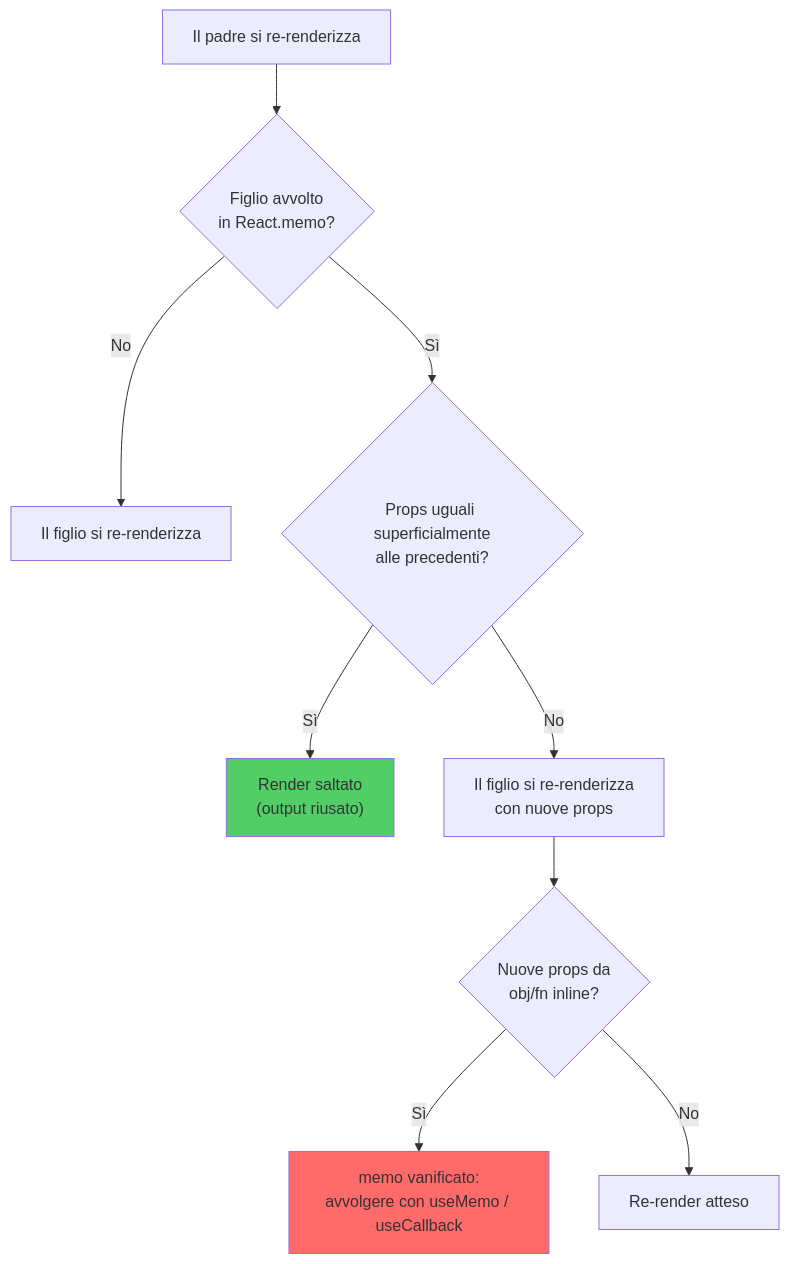
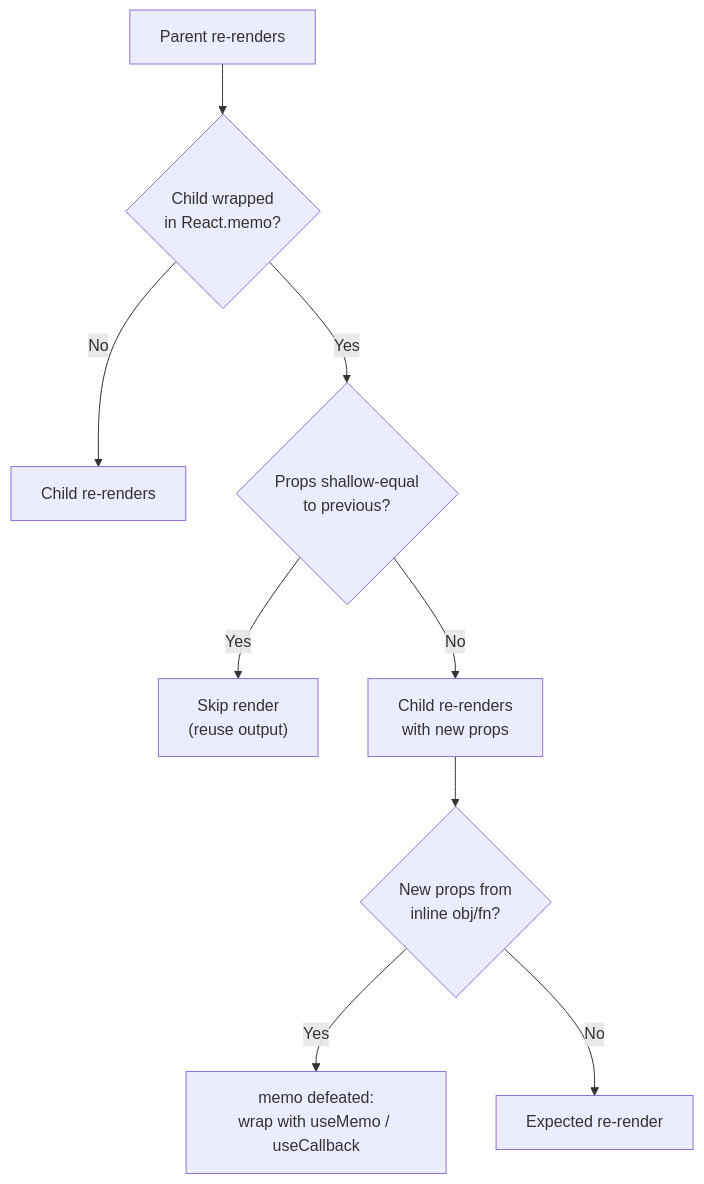
Before and after one commit to BabaScience/react-guides: the second of 5 diagrams in arguments/chapters/it/09-performance-optimization.md, drawn with Mermaid. The commit also changed other lines of this file and 29 other files, not shown here.

First line of the commit message:
Bring React FR/IT translations to full English parity + theme-safe diagrams

````diff
--- a/arguments/chapters/it/09-performance-optimization.md
+++ b/arguments/chapters/it/09-performance-optimization.md
@@ -57,14 +335,12 @@
 ```mermaid
 flowchart TD
-    A["Il padre si re-renderizza"] --> B{"Figlio avvolto<br/>in React.memo?"}
-    B -->|No| C["Il figlio si re-renderizza"]
-    B -->|Sì| D{"Props uguali superficialmente<br/>alle precedenti?"}
-    D -->|Sì| E["Render saltato<br/>(output riusato)"]
-    D -->|No| F["Il figlio si re-renderizza<br/>con nuove props"]
-    F --> G{"Nuove props da<br/>obj/fn inline?"}
-    G -->|Sì| H["memo vanificato:<br/>avvolgere con useMemo / useCallback"]
-    G -->|No| I["Re-render atteso"]
+    A["Parent re-renders"] --> B{"Child wrapped<br/>in React.memo?"}
+    B -->|No| C["Child re-renders"]
+    B -->|Yes| D{"Props shallow-equal<br/>to previous?"}
+    D -->|Yes| E["Skip render<br/>(reuse output)"]
+    D -->|No| F["Child re-renders<br/>with new props"]
+    F --> G{"New props from<br/>inline obj/fn?"}
+    G -->|Yes| H["memo defeated:<br/>wrap with useMemo / useCallback"]
+    G -->|No| I["Expected re-render"]
 
-    style E fill:#51cf66
-    style H fill:#ff6b6b
 ```
````
